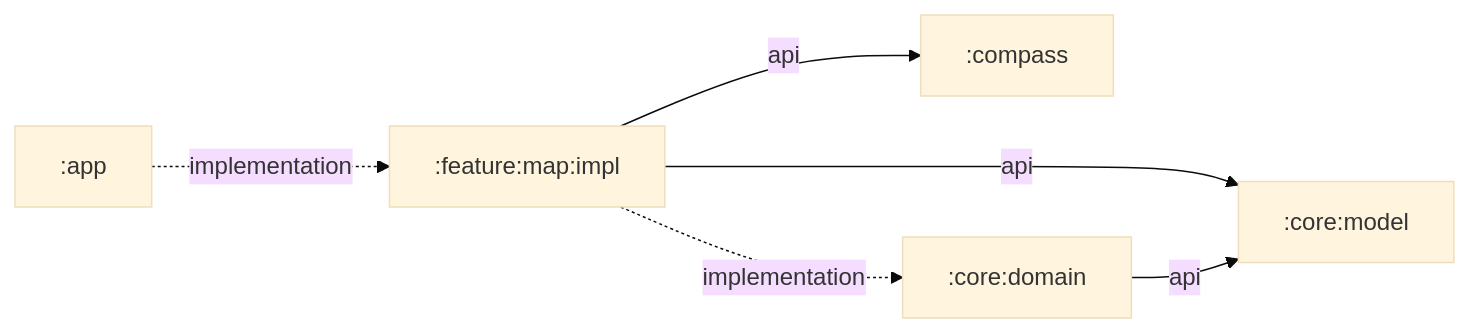
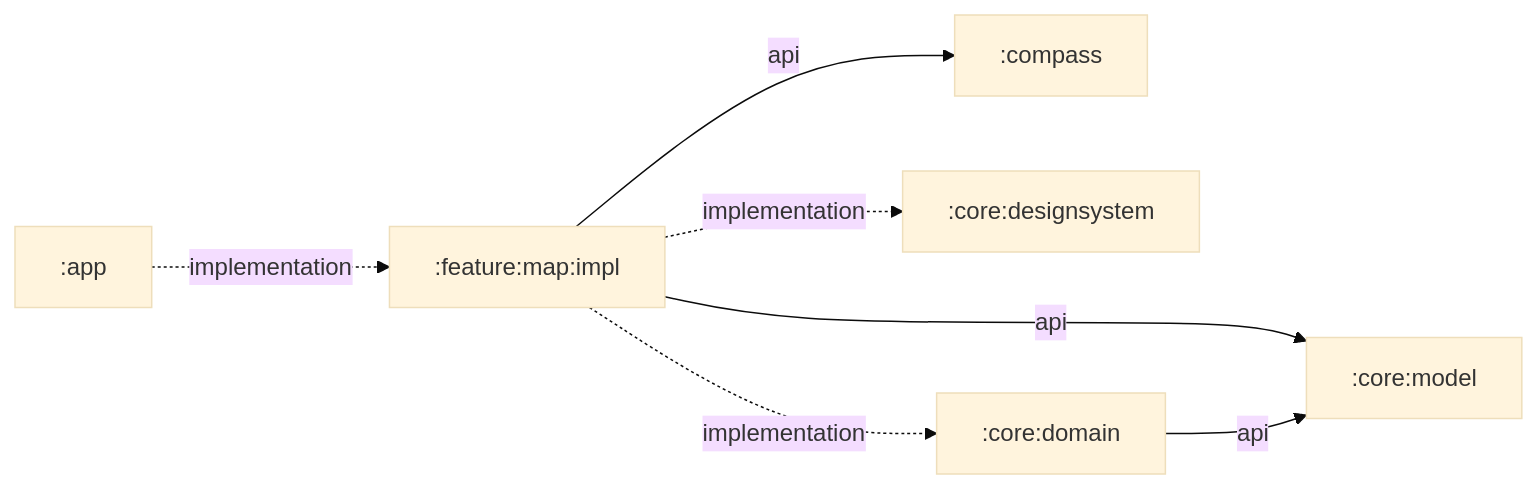
The diagram in feature/map/impl/README.md (hrka6761/Shahbaz_Android), drawn with Mermaid (base theme) before and after one commit. The commit also changed other lines of this file and 3 other files, not shown here.

````diff
--- a/feature/map/impl/README.md
+++ b/feature/map/impl/README.md
@@ -52,14 +55,16 @@
 ```mermaid
 graph LR
   map[":feature:map:impl"]
   compass[":compass"]
+  designsystem[":core:designsystem"]
   model[":core:model"]
   domain[":core:domain"]
   app[":app"]
 
   app -.->|implementation| map
   map -->|api| compass
   map -->|api| model
+  map -.->|implementation| designsystem
   map -.->|implementation| domain
   domain -->|api| model
 ```
````
